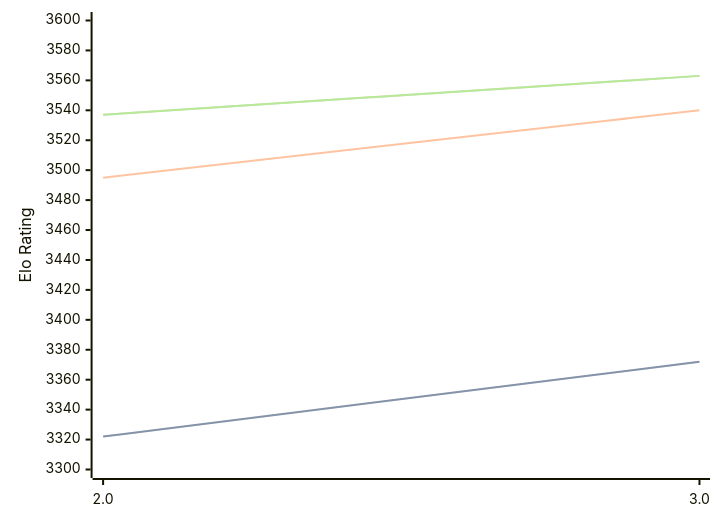
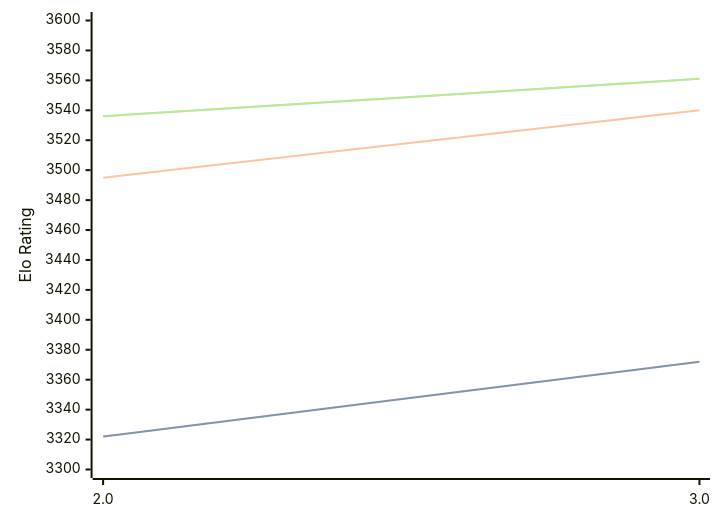
The diagram in engines/Quanticade.md (computer-chess-index/cci), drawn with Mermaid before and after one commit. The commit also changed other lines of this file, not shown here.

Commit message:
Update CCI Ratings (ELO VLTC) - 2026-03-19

````diff
--- a/engines/Quanticade.md
+++ b/engines/Quanticade.md
@@ -39,11 +41,11 @@
 ```mermaid
 %%{init: {"theme":"base","themeVariables":{"seriesColors:['#a3a3a3','#222221','#faa371']}}}%%
 xychart-beta
   x-axis ["2.0", "3.0"]
   y-axis "Elo Rating" 3300 --> 3600
   line "STC (8.0+0.08s)" [3322, 3372]
   line "STC (8.0+0.08s)" [3322, 3372]
   line "LTC (60.0+0.60s)" [3495, 3540]
-  line "VLTC (2m24s+1.12s)" [3537, 3563]
-  line "VLTC (2m24s+1.12s)" [3537, 3563]
+  line "VLTC (2m24s+1.12s)" [3536, 3561]
+  line "VLTC (2m24s+1.12s)" [3536, 3561]
 ```
````
